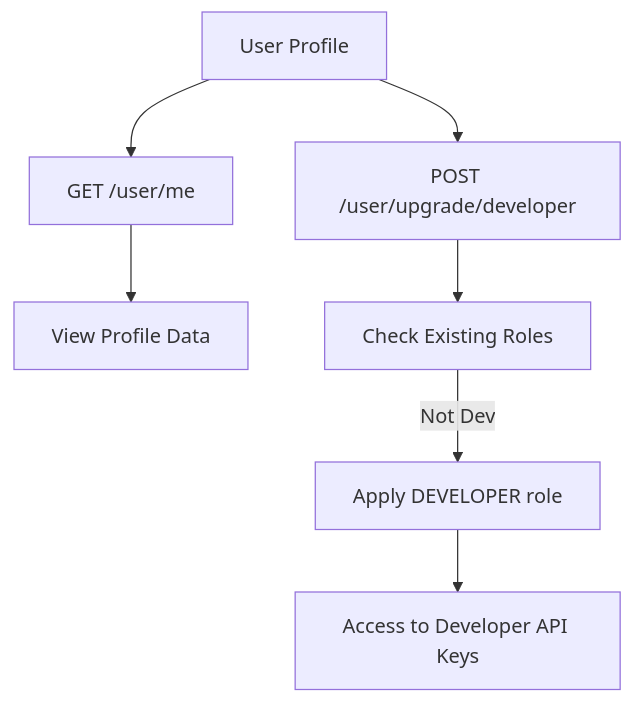
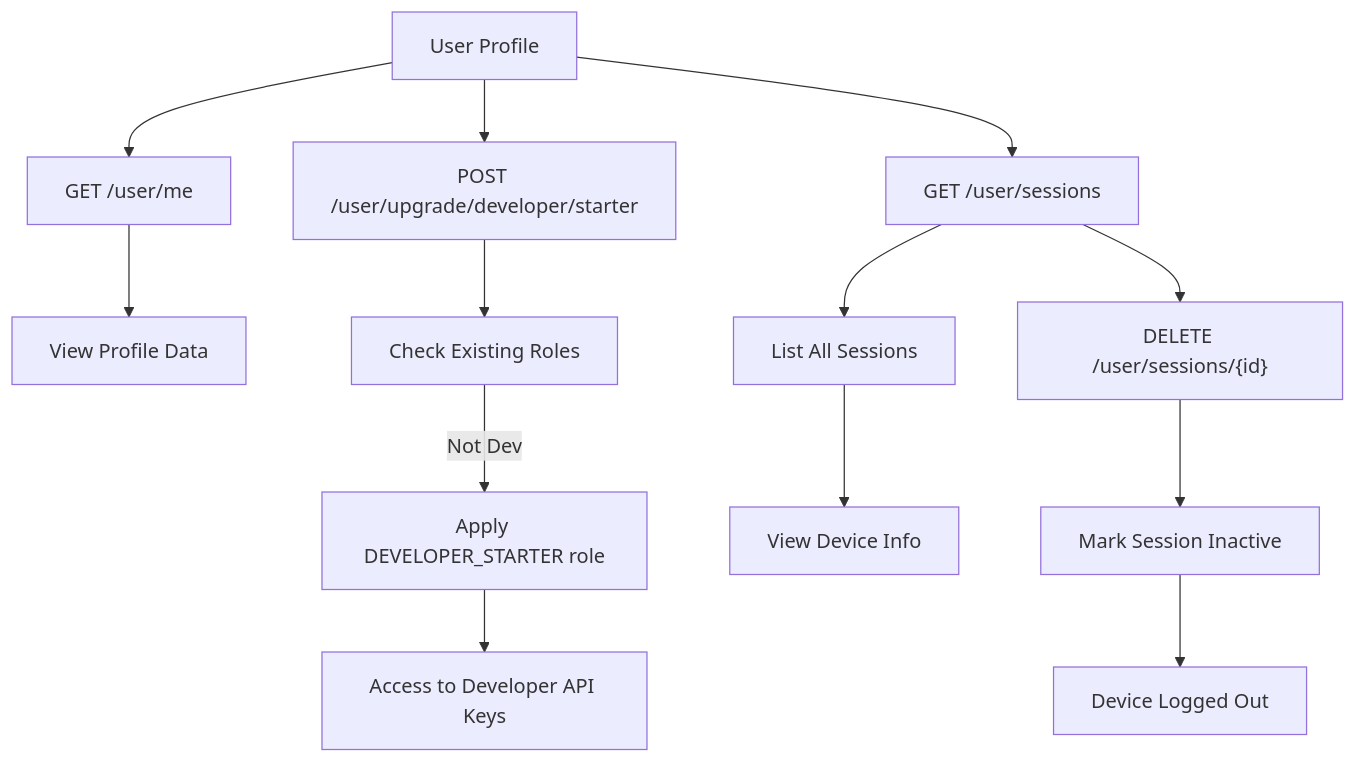
One commit to mansa-team/server changed the diagram in docs/user.md. Above: the diagram before and after it, drawn with Mermaid. The commit also changed other lines of this file and 16 other files, not shown here.

````diff
--- a/docs/user.md
+++ b/docs/user.md
@@ -55,10 +158,18 @@
 ```mermaid
 graph TD
     User["User Profile"] --> Me["GET /user/me"]
     Me --> View["View Profile Data"]
     
-    User --> Upgrade["POST /user/upgrade/developer"]
+    User --> Upgrade["POST /user/upgrade/developer/starter"]
     Upgrade --> Verify["Check Existing Roles"]
-    Verify -- Not Dev --> Apply["Apply DEVELOPER role"]
+    Verify -- Not Dev --> Apply["Apply DEVELOPER_STARTER role"]
     Apply --> Success["Access to Developer API Keys"]
+    
+    User --> Sessions["GET /user/sessions"]
+    Sessions --> ListSessions["List All Sessions"]
+    ListSessions --> ViewDevice["View Device Info"]
+    
+    Sessions --> Revoke["DELETE /user/sessions/{id}"]
+    Revoke --> MarkInactive["Mark Session Inactive"]
+    MarkInactive --> LoggedOut["Device Logged Out"]
 ```
````
